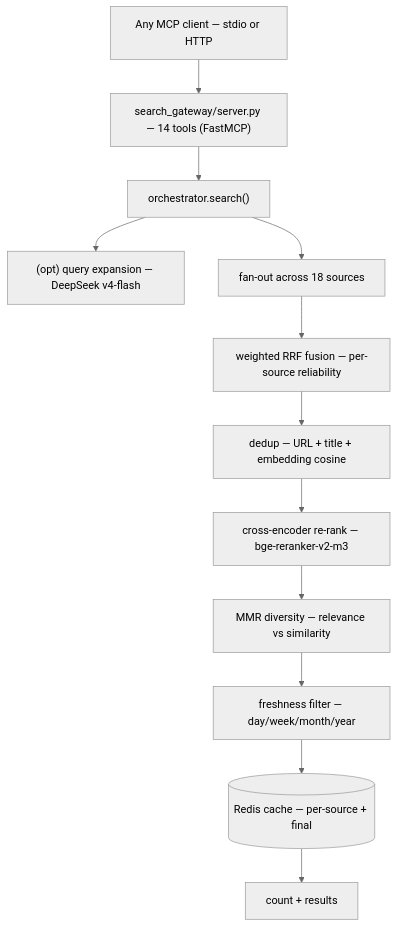
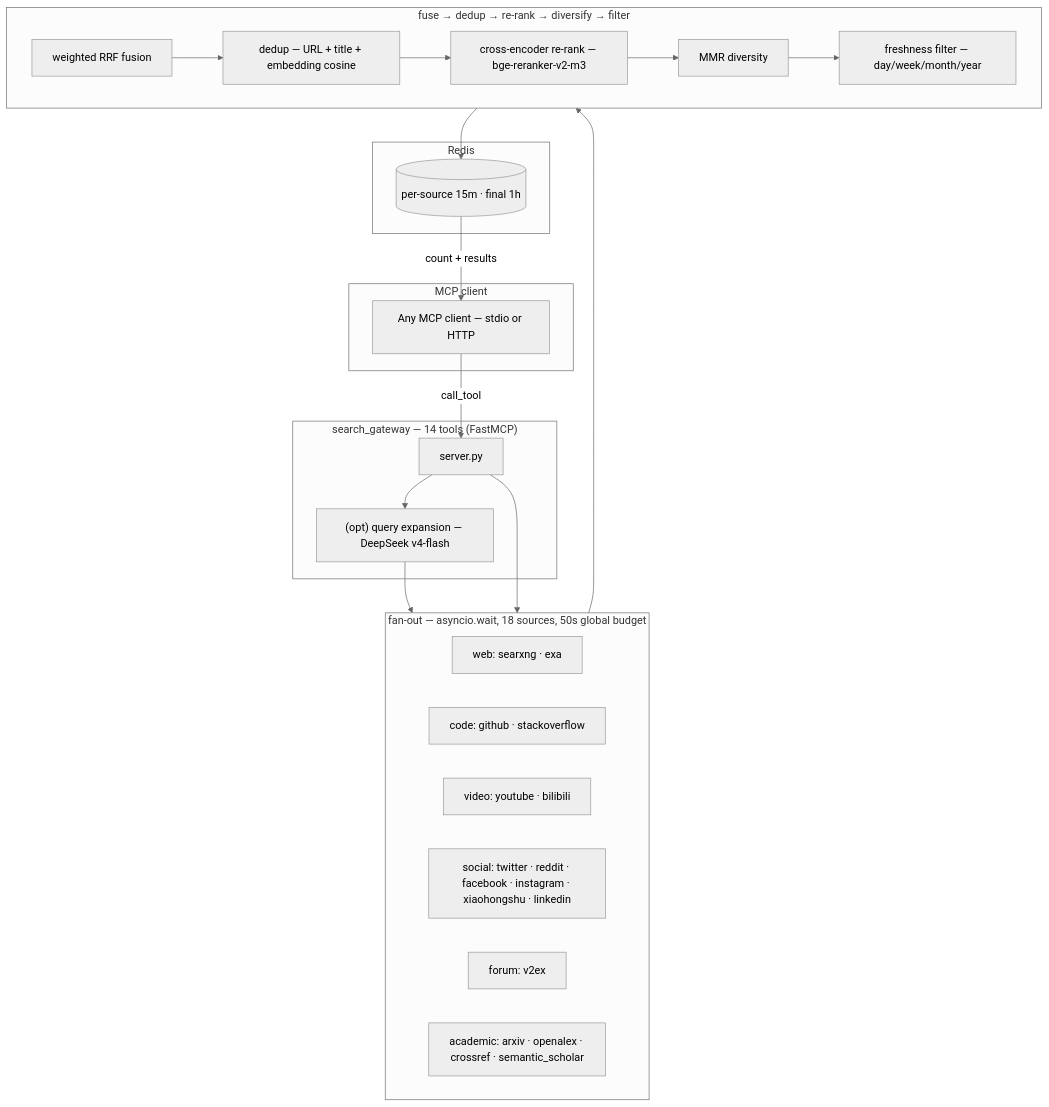
One commit to kbjama8/search-gateway changed the first of 3 diagrams in README.md. Above: the diagram before and after it, drawn with Mermaid (neutral theme). The commit also changed other lines of this file and 17 other files, not shown here.

````diff
--- a/README.md
+++ b/README.md
@@ -15,14 +52,41 @@
 ```mermaid
 flowchart TD
-    C["Any MCP client — stdio or HTTP"] --> S["search_gateway/server.py — 14 tools (FastMCP)"]
-    S --> O["orchestrator.search()"]
-    O --> Q["(opt) query expansion — DeepSeek v4-flash"]
-    O --> F["fan-out across 18 sources"]
-    F --> R["weighted RRF fusion — per-source reliability"]
-    R --> D["dedup — URL + title + embedding cosine"]
-    D --> X["cross-encoder re-rank — bge-reranker-v2-m3"]
-    X --> M["MMR diversity — relevance vs similarity"]
-    M --> FR["freshness filter — day/week/month/year"]
-    FR --> CA[("Redis cache — per-source + final")]
-    CA --> OUT["count + results"]
+    subgraph Client["MCP client"]
+        C["Any MCP client — stdio or HTTP"]
+    end
+
+    subgraph Gateway["search_gateway — 14 tools (FastMCP)"]
+        S["server.py"]
+        Q["(opt) query expansion — DeepSeek v4-flash"]
+        S --> Q
+    end
+
+    subgraph FanOut["fan-out — asyncio.wait, 18 sources, 50s global budget"]
+        direction LR
+        SRC1["web: searxng · exa"]
+        SRC2["code: github · stackoverflow"]
+        SRC3["video: youtube · bilibili"]
+        SRC4["social: twitter · reddit · facebook · instagram · xiaohongshu · linkedin"]
+        SRC5["forum: v2ex"]
+        SRC6["academic: arxiv · openalex · crossref · semantic_scholar"]
+    end
+
+    subgraph Refine["fuse → dedup → re-rank → diversify → filter"]
+        direction LR
+        R["weighted RRF fusion"] --> D["dedup — URL + title + embedding cosine"]
+        D --> X["cross-encoder re-rank — bge-reranker-v2-m3"]
+        X --> M["MMR diversity"]
+        M --> FR["freshness filter — day/week/month/year"]
+    end
+
+    subgraph Cache["Redis"]
+        CA[("per-source 15m · final 1h")]
+    end
+
+    C -->|"call_tool"| S
+    Q --> FanOut
+    S --> FanOut
+    FanOut --> R
+    FR --> CA
+    CA -->|"count + results"| C
 ```
````
